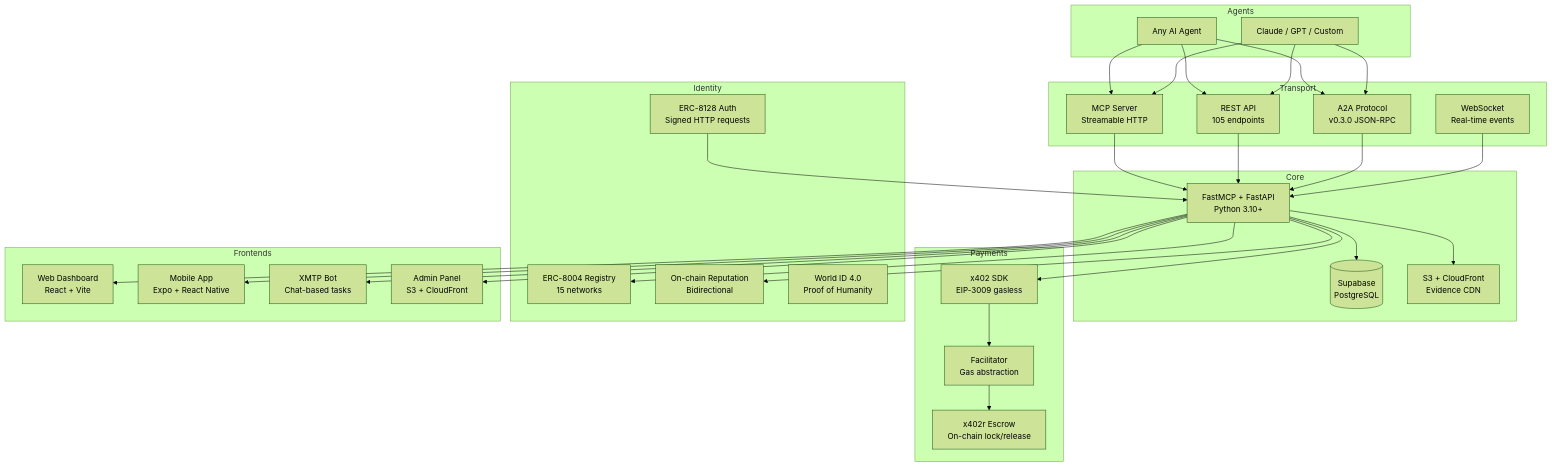
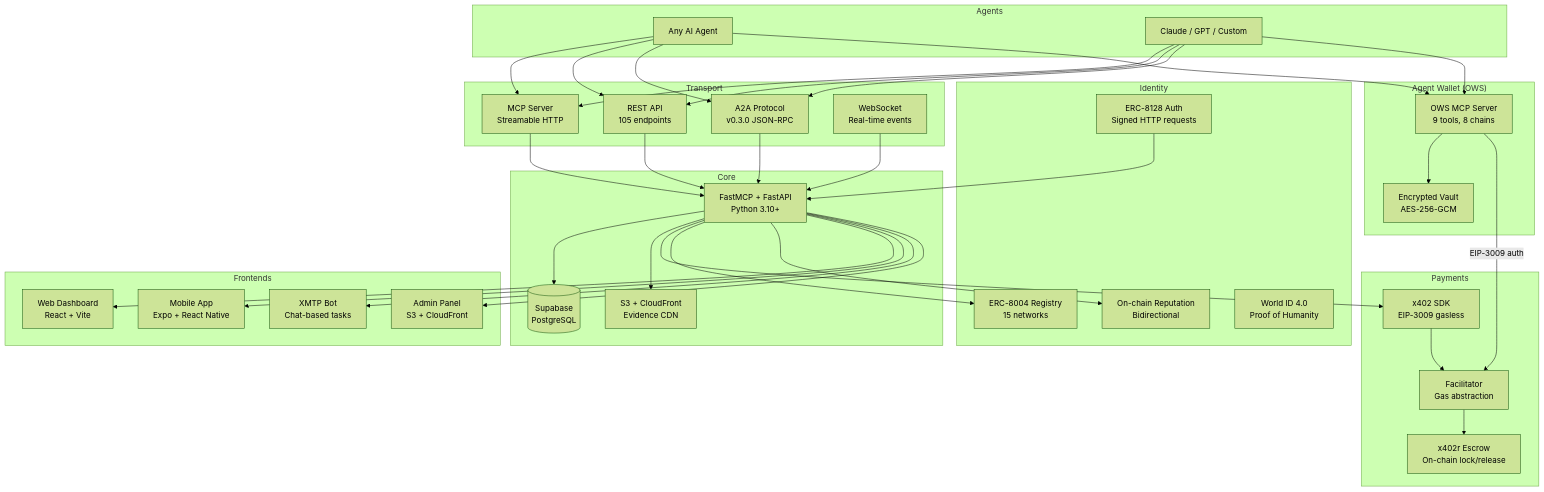
The second of 5 diagrams in README.md (UltravioletaDAO/execution-market), drawn with Mermaid (forest theme) before and after one commit. The commit also changed other lines of this file and 2 other files, not shown here.

First line of the commit message:
docs(phase3): README OWS subsection, 27 tools, server.json v2.0

````diff
--- a/README.md
+++ b/README.md
@@ -51,49 +51,57 @@
 ```mermaid
 graph TB
     subgraph Agents
         A1[Any AI Agent]
         A2[Claude / GPT / Custom]
     end
 
     subgraph Transport
         MCP[MCP Server<br/>Streamable HTTP]
         REST[REST API<br/>105 endpoints]
         A2A[A2A Protocol<br/>v0.3.0 JSON-RPC]
         WS[WebSocket<br/>Real-time events]
     end
 
     subgraph Core
         API[FastMCP + FastAPI<br/>Python 3.10+]
         DB[(Supabase<br/>PostgreSQL)]
         S3[S3 + CloudFront<br/>Evidence CDN]
     end
 
     subgraph Payments
         SDK[x402 SDK<br/>EIP-3009 gasless]
         ESC[x402r Escrow<br/>On-chain lock/release]
         FAC[Facilitator<br/>Gas abstraction]
     end
 
     subgraph Identity
         ERC[ERC-8004 Registry<br/>15 networks]
         REP[On-chain Reputation<br/>Bidirectional]
         AUTH[ERC-8128 Auth<br/>Signed HTTP requests]
         WID[World ID 4.0<br/>Proof of Humanity]
     end
 
+    subgraph Wallet["Agent Wallet (OWS)"]
+        OWS[OWS MCP Server<br/>9 tools, 8 chains]
+        VAULT[Encrypted Vault<br/>AES-256-GCM]
+    end
+
     subgraph Frontends
         DASH[Web Dashboard<br/>React + Vite]
         MOB[Mobile App<br/>Expo + React Native]
         XMTP[XMTP Bot<br/>Chat-based tasks]
         ADMIN[Admin Panel<br/>S3 + CloudFront]
     end
 
     A1 & A2 --> MCP & REST & A2A
+    A1 & A2 --> OWS
+    OWS --> VAULT
+    OWS -->|EIP-3009 auth| FAC
     MCP & REST & A2A & WS --> API
     API --> DB & S3
     API --> SDK --> FAC --> ESC
     API --> ERC & REP
     AUTH --> API
     API --> DASH & MOB & XMTP
     API --> ADMIN
 ```
````
